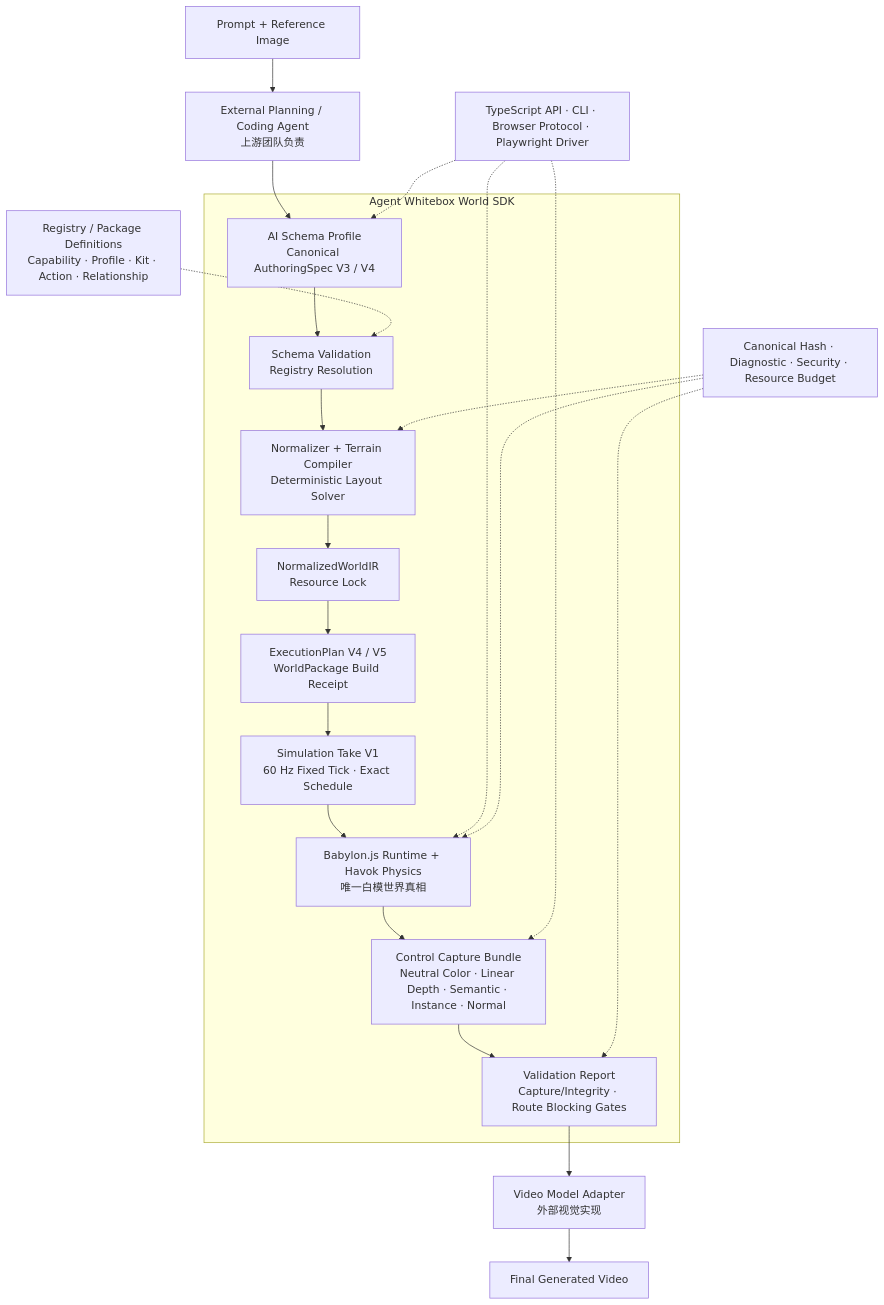
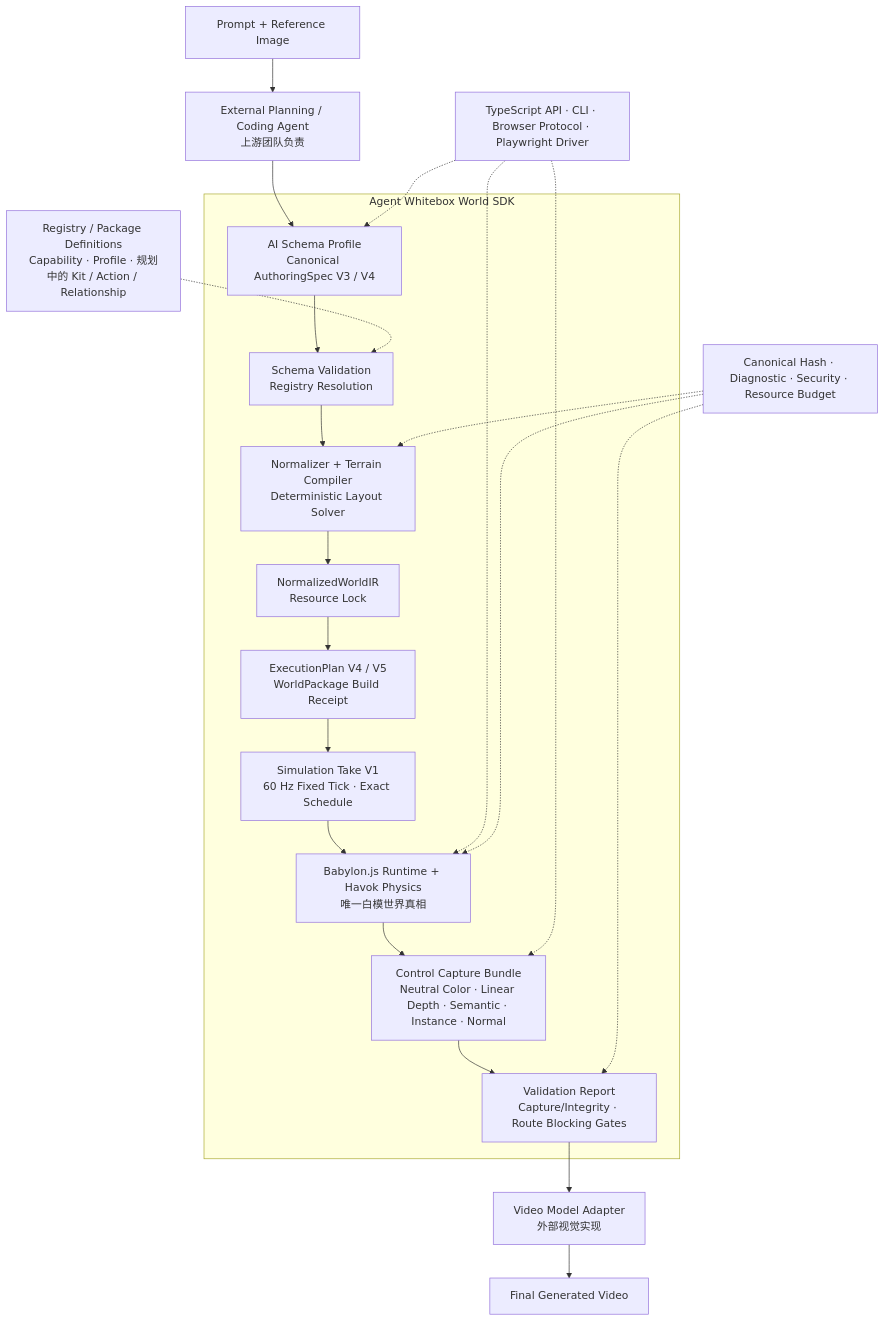
One commit to Gjh829803/ceshi changed the diagram in README.md. Above: the diagram before and after it, drawn with Mermaid. The commit also changed other lines of this file and 2 other files, not shown here.

Commit message:
docs: review gameplay camera composition design

````diff
--- a/README.md
+++ b/README.md
@@ -35,30 +35,30 @@
 ```mermaid
 flowchart TB
     INPUT["Prompt + Reference Image"] --> AGENT["External Planning / Coding Agent<br/>上游团队负责"]
 
     subgraph SDK["Agent Whitebox World SDK"]
         AUTHOR["AI Schema Profile<br/>Canonical AuthoringSpec V3 / V4"]
         VALIDATE["Schema Validation<br/>Registry Resolution"]
         COMPILE["Normalizer + Terrain Compiler<br/>Deterministic Layout Solver"]
         IR["NormalizedWorldIR<br/>Resource Lock"]
         PACKAGE["ExecutionPlan V4 / V5<br/>WorldPackage Build Receipt"]
         TAKE["Simulation Take V1<br/>60 Hz Fixed Tick · Exact Schedule"]
         RUNTIME["Babylon.js Runtime + Havok Physics<br/>唯一白模世界真相"]
         CAPTURE["Control Capture Bundle<br/>Neutral Color · Linear Depth · Semantic · Instance · Normal"]
         REPORT["Validation Report<br/>Capture/Integrity · Route Blocking Gates"]
 
         AUTHOR --> VALIDATE --> COMPILE --> IR --> PACKAGE --> TAKE --> RUNTIME --> CAPTURE --> REPORT
     end
 
     AGENT --> AUTHOR
 
-    LEGO["Registry / Package Definitions<br/>Capability · Profile · Kit · Action · Relationship"] -.-> VALIDATE
+    LEGO["Registry / Package Definitions<br/>Capability · Profile · 规划中的 Kit / Action / Relationship"] -.-> VALIDATE
     TOOLING["TypeScript API · CLI · Browser Protocol · Playwright Driver"] -.-> AUTHOR
     TOOLING -.-> RUNTIME
     TOOLING -.-> CAPTURE
     FOUNDATION["Canonical Hash · Diagnostic · Security · Resource Budget"] -.-> COMPILE
     FOUNDATION -.-> RUNTIME
     FOUNDATION -.-> REPORT
 
     REPORT --> ADAPTER["Video Model Adapter<br/>外部视觉实现"] --> VIDEO["Final Generated Video"]
 ```
````
